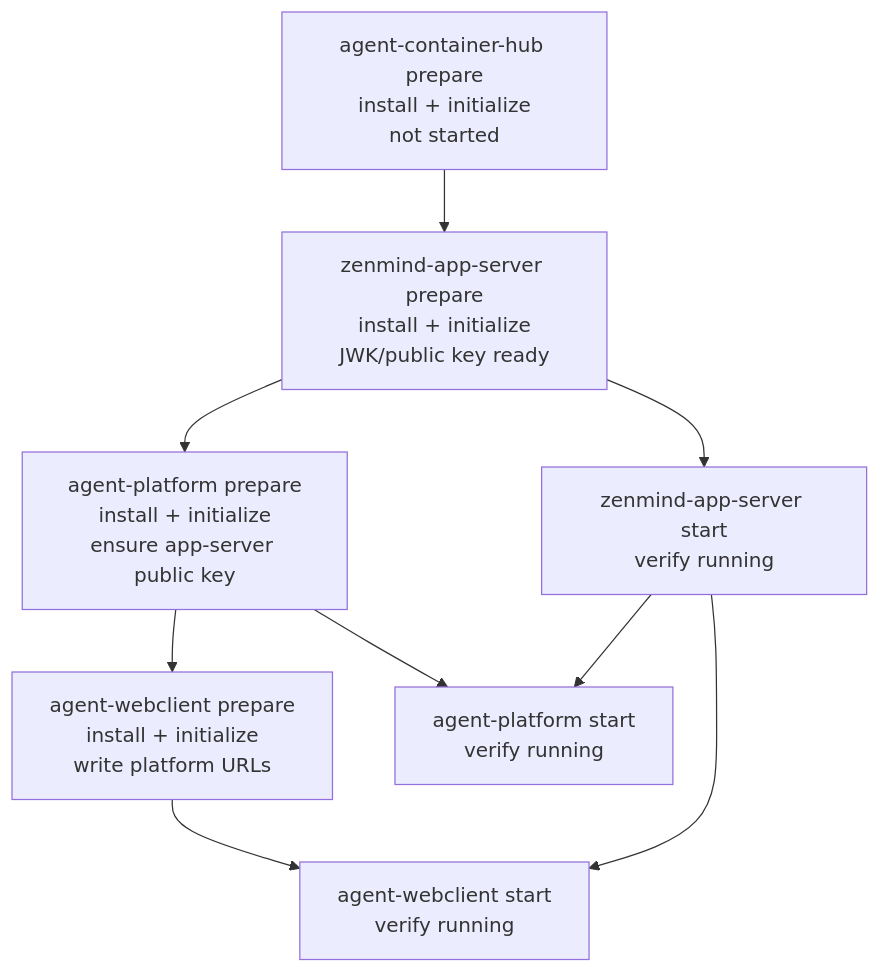
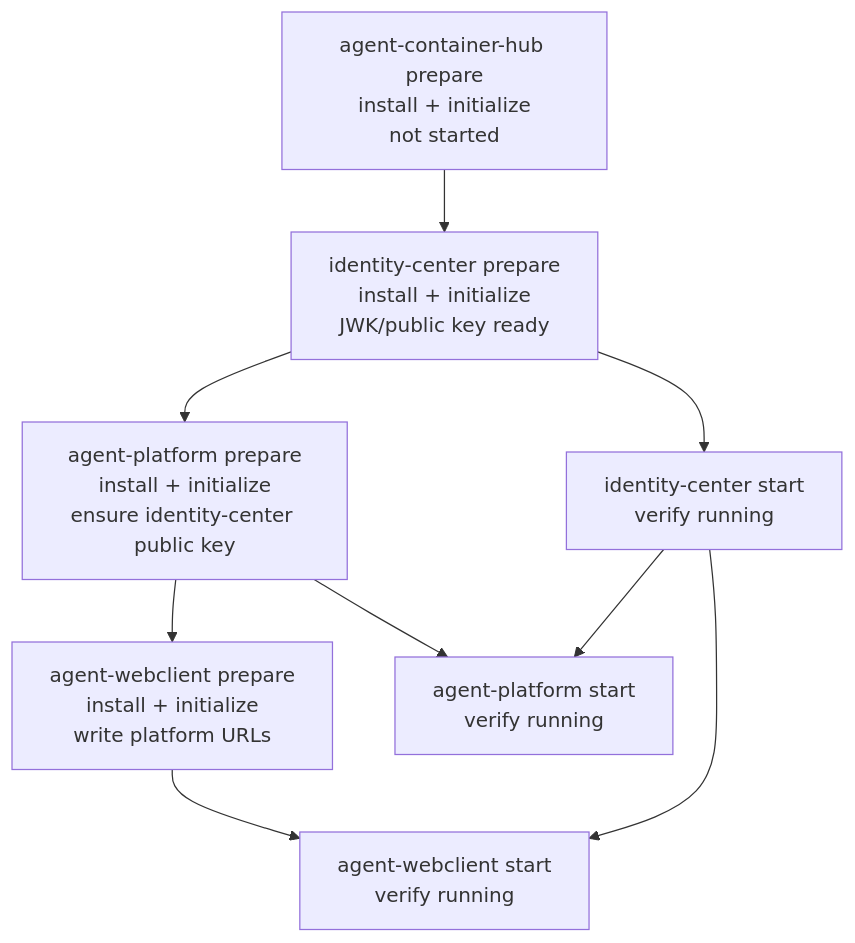
Before and after one commit to linlay/zenmind-desktop: the diagram in docs/bootstrap-startup-order.md, drawn with Mermaid. The commit also changed other lines of this file and 57 other files, not shown here.

````diff
--- a/docs/bootstrap-startup-order.md
+++ b/docs/bootstrap-startup-order.md
@@ -35,23 +35,23 @@
 ```mermaid
 flowchart TD
   hub_prepare["agent-container-hub prepare\ninstall + initialize\nnot started"]
 
-  app_prepare["zenmind-app-server prepare\ninstall + initialize\nJWK/public key ready"]
-  platform_prepare["agent-platform prepare\ninstall + initialize\nensure app-server public key"]
+  app_prepare["identity-center prepare\ninstall + initialize\nJWK/public key ready"]
+  platform_prepare["agent-platform prepare\ninstall + initialize\nensure identity-center public key"]
   web_prepare["agent-webclient prepare\ninstall + initialize\nwrite platform URLs"]
 
-  app_start["zenmind-app-server start\nverify running"]
+  app_start["identity-center start\nverify running"]
   platform_start["agent-platform start\nverify running"]
   web_start["agent-webclient start\nverify running"]
 
   hub_prepare --> app_prepare
   app_prepare --> platform_prepare
   platform_prepare --> web_prepare
 
   app_prepare --> app_start
   platform_prepare --> platform_start
   web_prepare --> web_start
 
   app_start --> platform_start
   app_start --> web_start
 ```
````
